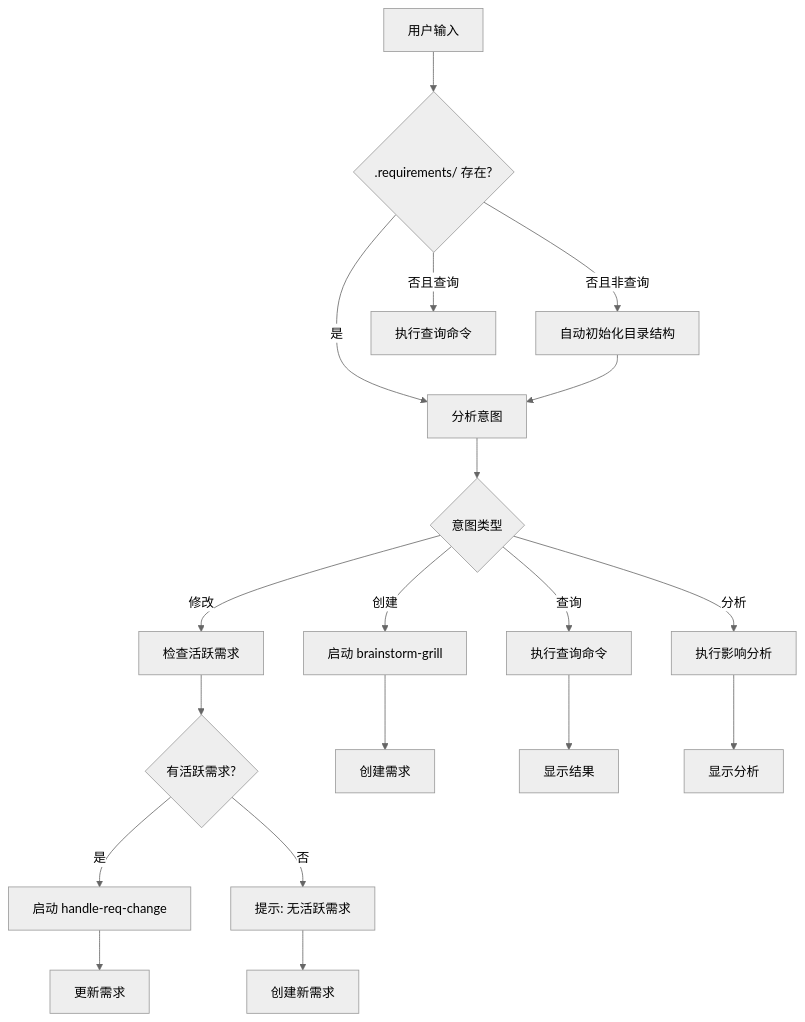
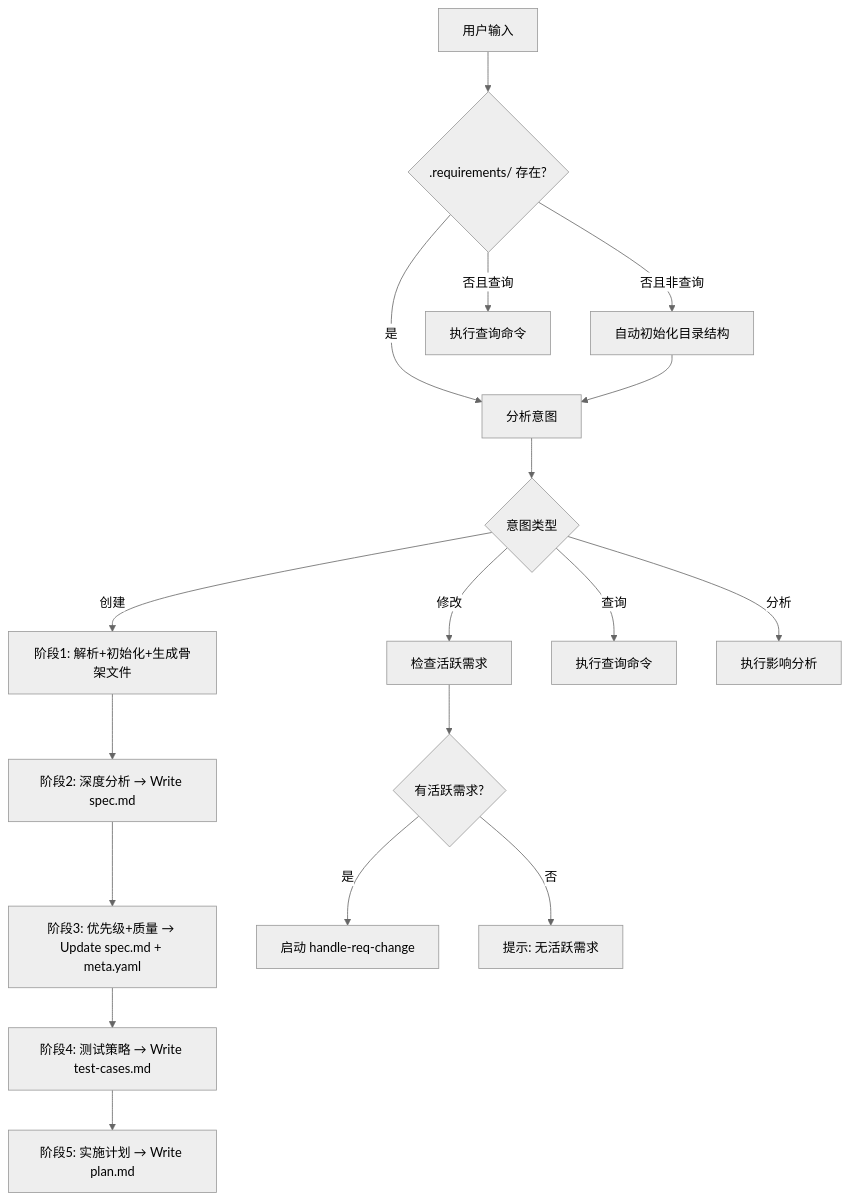
One commit to zxc1213/crs-plugin changed the diagram in skills/core/req-manager/SKILL.md. Above: the diagram before and after it, drawn with Mermaid (neutral theme). The commit also changed 4 other files, not shown here.

First line of the commit message:
feat(req): auto-generate doc skeletons and enforce file-write checkpoints

````diff
--- a/skills/core/req-manager/SKILL.md
+++ b/skills/core/req-manager/SKILL.md
@@ -66,21 +66,20 @@
 ```mermaid
 graph TD
     A[用户输入] --> B{.requirements/ 存在?}
     B -->|否且非查询| C[自动初始化目录结构]
     B -->|是| D[分析意图]
     C --> D
     B -->|否且查询| E[执行查询命令]
     D --> F{意图类型}
-    F -->|创建| G[启动 brainstorm-grill]
-    F -->|修改| H[检查活跃需求]
-    H --> I{有活跃需求?}
-    I -->|是| J[启动 handle-req-change]
-    I -->|否| K[提示: 无活跃需求]
-    F -->|查询| L[执行查询命令]
-    F -->|分析| M[执行影响分析]
-    G --> N[创建需求]
-    J --> O[更新需求]
-    K --> P[创建新需求]
-    L --> Q[显示结果]
-    M --> R[显示分析]
+    F -->|创建| G[阶段1: 解析+初始化+生成骨架文件]
+    G --> H[阶段2: 深度分析 → Write spec.md]
+    H --> I[阶段3: 优先级+质量 → Update spec.md + meta.yaml]
+    I --> J[阶段4: 测试策略 → Write test-cases.md]
+    J --> K[阶段5: 实施计划 → Write plan.md]
+    F -->|修改| L[检查活跃需求]
+    L --> M{有活跃需求?}
+    M -->|是| N[启动 handle-req-change]
+    M -->|否| O[提示: 无活跃需求]
+    F -->|查询| P[执行查询命令]
+    F -->|分析| Q[执行影响分析]
 ```
````
